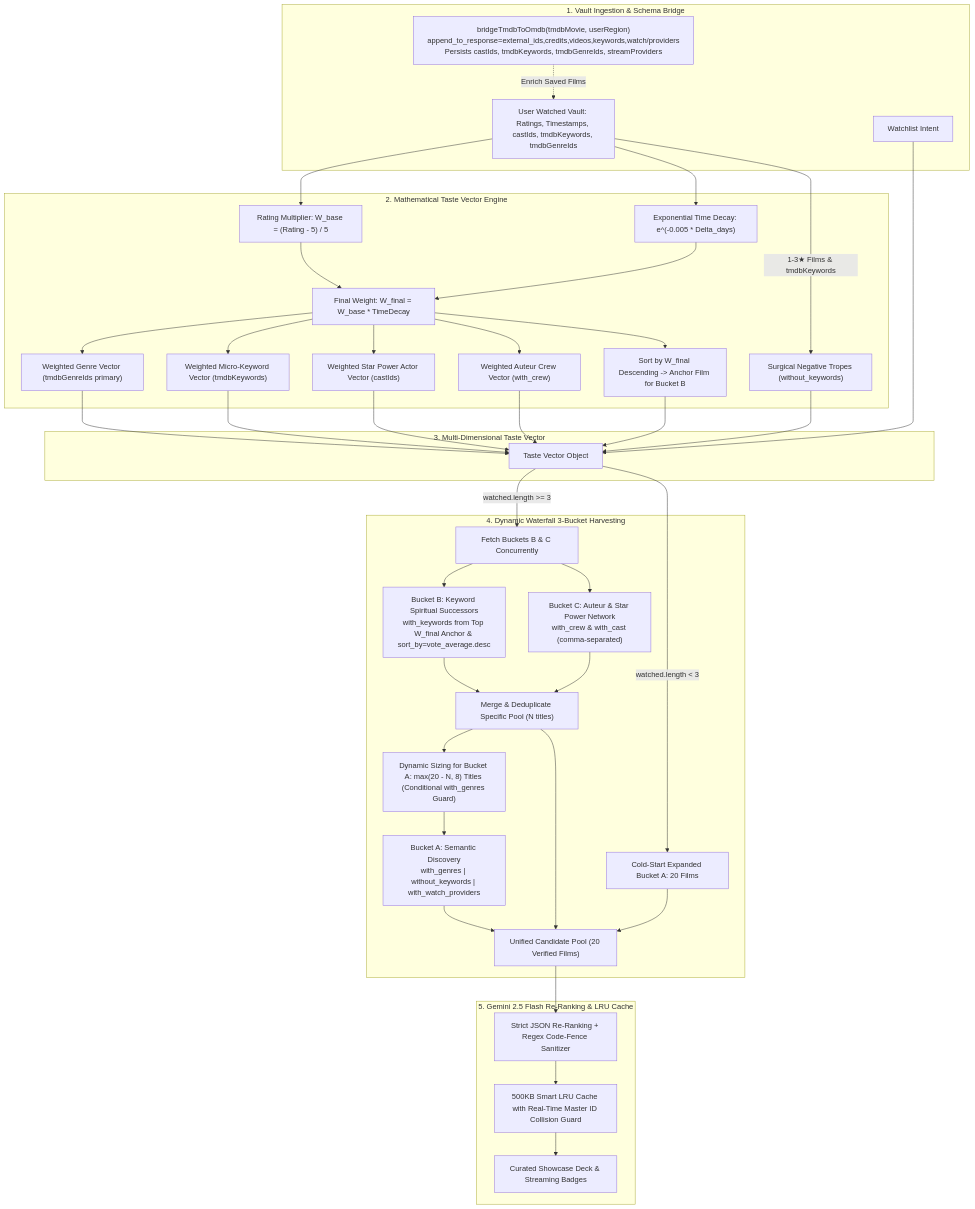
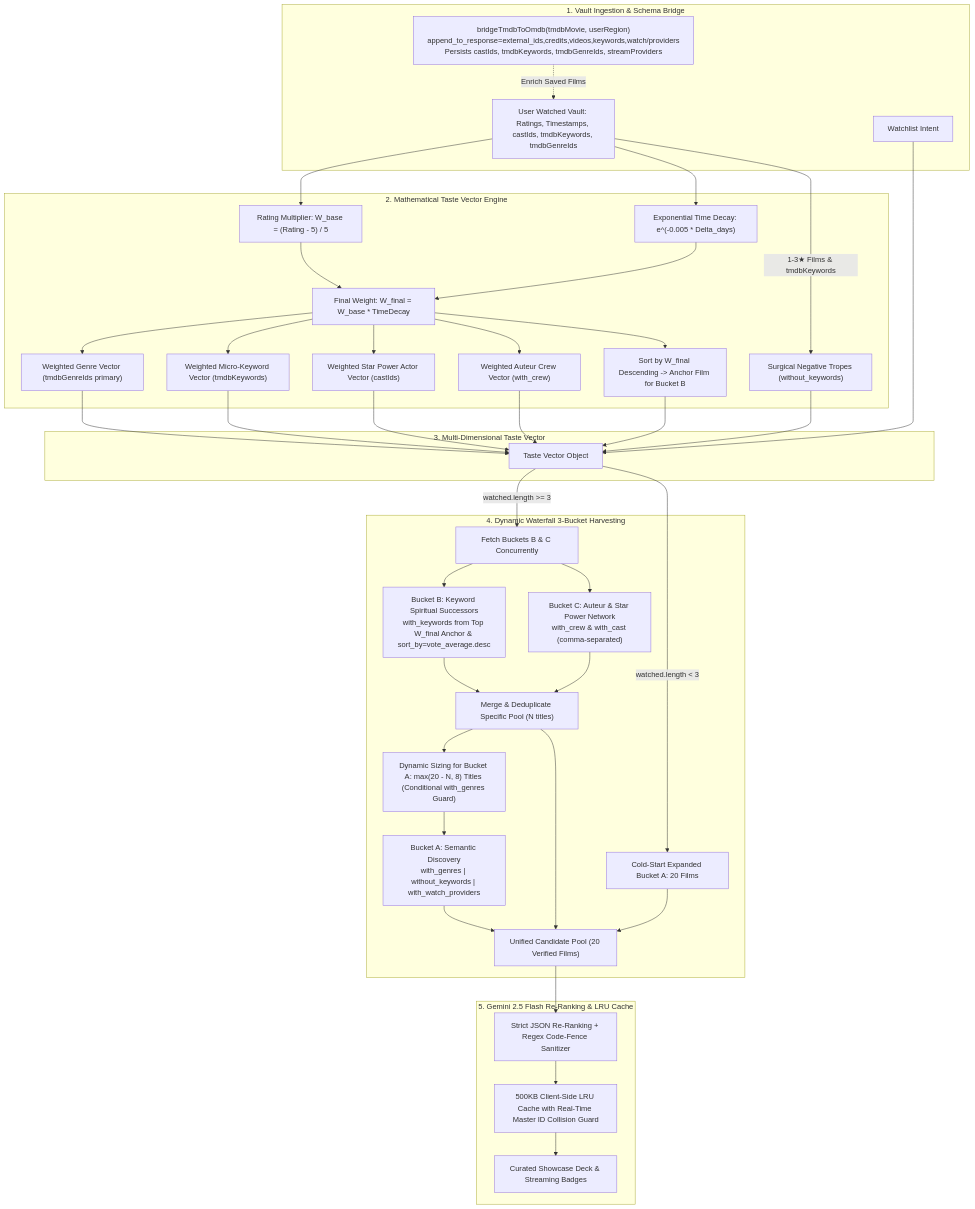
One commit to khuzaima175/React-Movie-Original changed the diagram in README.md. Above: the diagram before and after it, drawn with Mermaid. The commit also changed other lines of this file, not shown here.

````diff
--- a/README.md
+++ b/README.md
@@ -35,57 +35,57 @@
 ```mermaid
 flowchart TD
     subgraph RawVault ["1. Vault Ingestion & Schema Bridge"]
         V[User Watched Vault: Ratings, Timestamps, castIds, tmdbKeywords, tmdbGenreIds]
         W[Watchlist Intent]
         SB["bridgeTmdbToOmdb(tmdbMovie, userRegion)\nappend_to_response=external_ids,credits,videos,keywords,watch/providers\nPersists castIds, tmdbKeywords, tmdbGenreIds, streamProviders"] -.->|Enrich Saved Films| V
     end
 
     subgraph MathEngine ["2. Mathematical Taste Vector Engine"]
         V --> W_CALC["Rating Multiplier: W_base = (Rating - 5) / 5"]
         V --> T_CALC["Exponential Time Decay: e^(-0.005 * Delta_days)"]
         W_CALC --> FINAL_W["Final Weight: W_final = W_base * TimeDecay"]
         T_CALC --> FINAL_W
 
         FINAL_W --> ANCHOR["Sort by W_final Descending -> Anchor Film for Bucket B"]
         FINAL_W --> GENRE_V["Weighted Genre Vector (tmdbGenreIds primary)"]
         FINAL_W --> KEYWORD_V["Weighted Micro-Keyword Vector (tmdbKeywords)"]
         FINAL_W --> CAST_V["Weighted Star Power Actor Vector (castIds)"]
         FINAL_W --> CREW_V["Weighted Auteur Crew Vector (with_crew)"]
         
         V -->|1-3★ Films & tmdbKeywords| HATED_K["Surgical Negative Tropes (without_keywords)"]
     end
 
     subgraph UnifiedVector ["3. Multi-Dimensional Taste Vector"]
         GENRE_V --> TV[Taste Vector Object]
         KEYWORD_V --> TV
         CAST_V --> TV
         CREW_V --> TV
         ANCHOR --> TV
         HATED_K --> TV
         W --> TV
     end
 
     subgraph WaterfallHarvesting ["4. Dynamic Waterfall 3-Bucket Harvesting"]
         TV -->|watched.length < 3| CS[Cold-Start Expanded Bucket A: 20 Films]
         
         TV -->|watched.length >= 3| SPEC[Fetch Buckets B & C Concurrently]
         SPEC --> B2["Bucket B: Keyword Spiritual Successors\nwith_keywords from Top W_final Anchor & sort_by=vote_average.desc"]
         SPEC --> B3["Bucket C: Auteur & Star Power Network\nwith_crew & with_cast (comma-separated)"]
         
         B2 --> POOL_SPEC["Merge & Deduplicate Specific Pool (N titles)"]
         B3 --> POOL_SPEC
         
         POOL_SPEC --> DYN["Dynamic Sizing for Bucket A: max(20 - N, 8) Titles (Conditional with_genres Guard)"]
         DYN --> B1["Bucket A: Semantic Discovery\nwith_genres | without_keywords | with_watch_providers"]
         
         B1 --> CP["Unified Candidate Pool (20 Verified Films)"]
         POOL_SPEC --> CP
         CS --> CP
     end
 
     subgraph LLMAndCache ["5. Gemini 2.5 Flash Re-Ranking & LRU Cache"]
         CP --> GEM[Strict JSON Re-Ranking + Regex Code-Fence Sanitizer]
-        GEM --> LRU[500KB Smart LRU Cache with Real-Time Master ID Collision Guard]
+        GEM --> LRU[500KB Client-Side LRU Cache with Real-Time Master ID Collision Guard]
         LRU --> UI[Curated Showcase Deck & Streaming Badges]
     end
 ```
````
